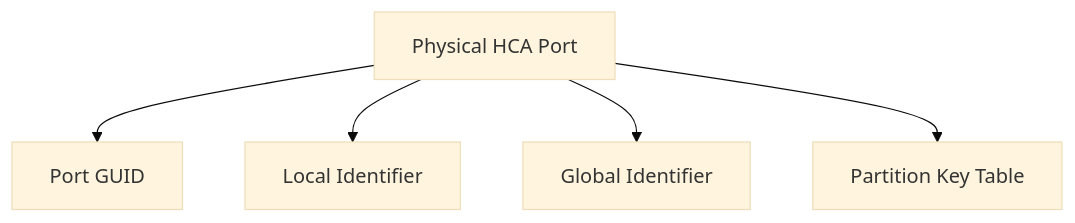
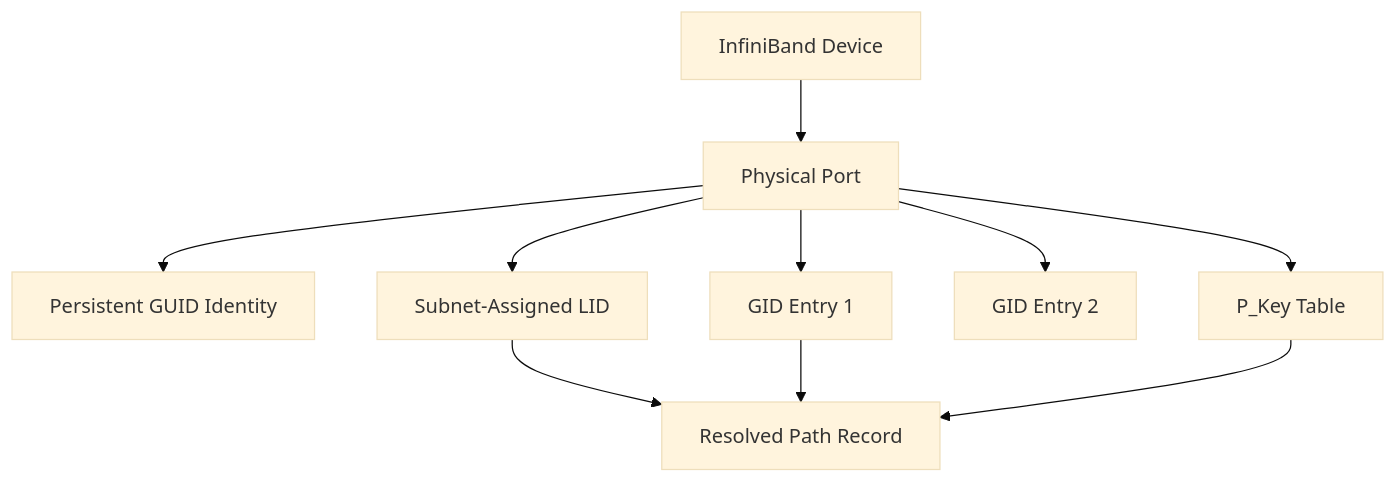
Before and after one commit to jithinpnjm/nvidia-devops: the first of 4 diagrams in docs/nvidia-zero-to-hero/volume-08/chapter-04-lids-gids-pkeys-and-addressing.md, drawn with Mermaid (base theme). The commit also changed other lines of this file, not shown here.

````diff
--- a/docs/nvidia-zero-to-hero/volume-08/chapter-04-lids-gids-pkeys-and-addressing.md
+++ b/docs/nvidia-zero-to-hero/volume-08/chapter-04-lids-gids-pkeys-and-addressing.md
@@ -18,12 +61,21 @@
 ```mermaid
 flowchart TD
-    Port[Physical HCA Port]
-    GUID[Port GUID]
-    LID[Local Identifier]
-    GID[Global Identifier]
-    PKEY[Partition Key Table]
+    Device[InfiniBand Device]
+    Port[Physical Port]
+    GUID[Persistent GUID Identity]
+    LID[Subnet-Assigned LID]
+    GID1[GID Entry 1]
+    GID2[GID Entry 2]
+    PKEY[P_Key Table]
+    Path[Resolved Path Record]
+
+    Device --> Port
     Port --> GUID
     Port --> LID
-    Port --> GID
+    Port --> GID1
+    Port --> GID2
     Port --> PKEY
+    LID --> Path
+    GID1 --> Path
+    PKEY --> Path
 ```
````
